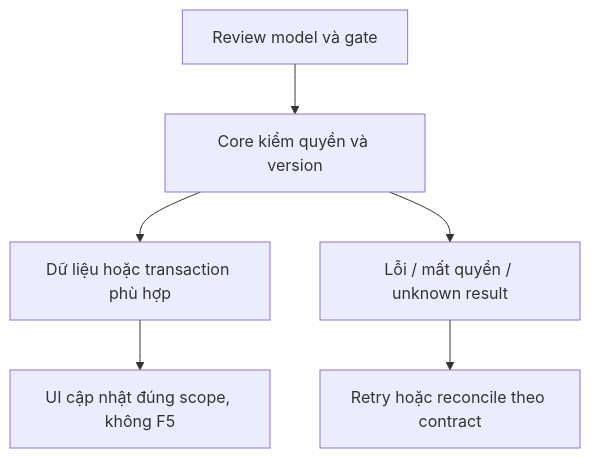
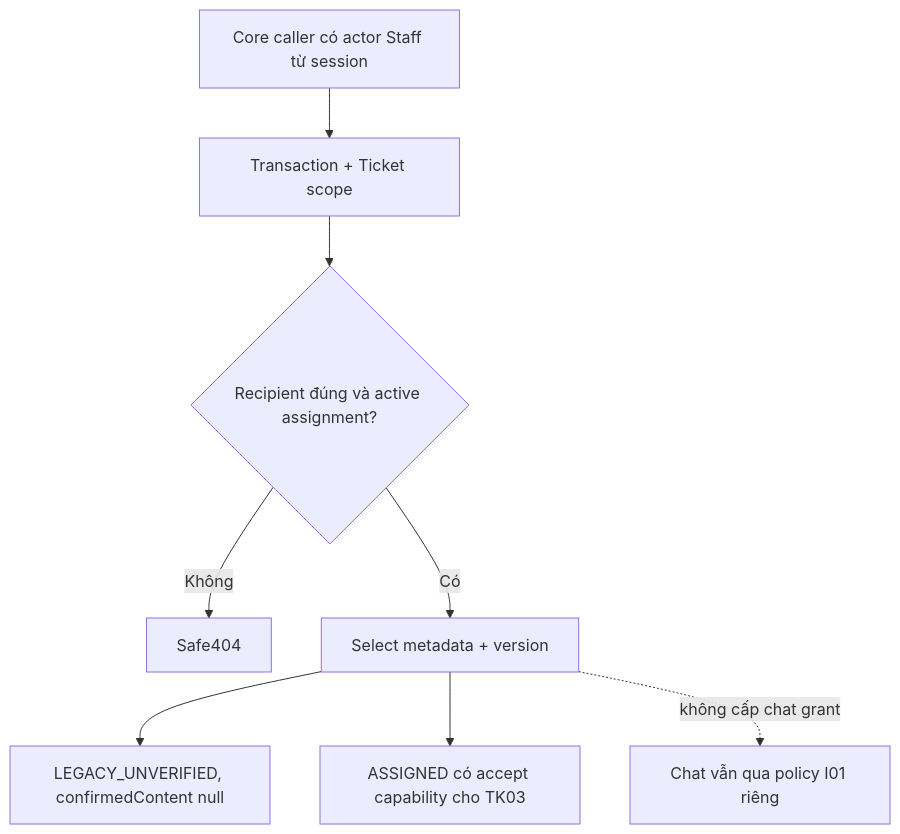
The diagram in docs/ui/staff/plans/tickets/01-scope-model-contract.md (natuan05/LifeInsuranceAIAssistant), drawn with Mermaid before and after one commit. The commit also changed other lines of this file and 81 other files, not shown here.

Commit message:
feat(tickets): implement ticket data model, status transitions and staff management UI

````diff
--- a/docs/ui/staff/plans/tickets/01-scope-model-contract.md
+++ b/docs/ui/staff/plans/tickets/01-scope-model-contract.md
@@ -27,8 +36,10 @@
 ```mermaid
 flowchart TD
-  A[Review model và gate] --> B[Core kiểm quyền và version]
-  B --> C[Dữ liệu hoặc transaction phù hợp]
-  C --> D[UI cập nhật đúng scope, không F5]
-  B --> E[Lỗi / mất quyền / unknown result]
-  E --> F[Retry hoặc reconcile theo contract]
+  A[Core caller có actor Staff từ session] --> B[Transaction + Ticket scope]
+  B --> C{Recipient đúng và active assignment?}
+  C -->|Không| D[Safe404]
+  C -->|Có| E[Select metadata + version]
+  E --> F[LEGACY_UNVERIFIED, confirmedContent null]
+  E --> G[ASSIGNED có accept capability cho TK03]
+  E -.không cấp chat grant.-> H[Chat vẫn qua policy I01 riêng]
 ```
````
